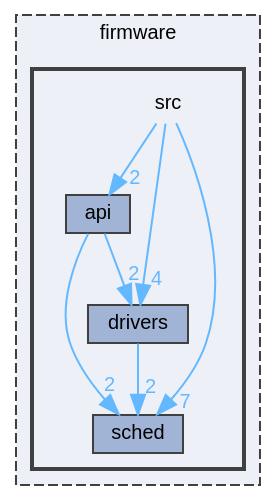
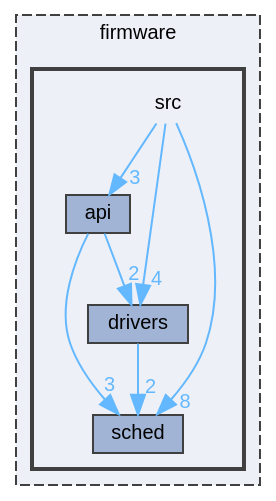
Before and after one commit to Ghaadyy/elevator-controller: the diagram in dev/dir_c898ccd6027d5da3247aa855d21ca2cf_dep.dot, drawn with Graphviz. The commit also changed 95 other files, not shown here.

```diff
--- a/dev/dir_c898ccd6027d5da3247aa855d21ca2cf_dep.dot
+++ b/dev/dir_c898ccd6027d5da3247aa855d21ca2cf_dep.dot
@@ -1,24 +1,24 @@
 digraph "firmware/src"
 {
  // LATEX_PDF_SIZE
   bgcolor="transparent";
   edge [fontname=Helvetica,fontsize=10,labelfontname=Helvetica,labelfontsize=10];
   node [fontname=Helvetica,fontsize=10,shape=box,height=0.2,width=0.4];
   compound=true
   subgraph clusterdir_d9edf6c004b4a7ff14fe9ae7a92214ee {
     graph [ bgcolor="#edf0f7", pencolor="grey25", label="firmware", fontname=Helvetica,fontsize=10 style="filled,dashed", URL="dir_d9edf6c004b4a7ff14fe9ae7a92214ee.html",tooltip=""]
   subgraph clusterdir_c898ccd6027d5da3247aa855d21ca2cf {
     graph [ bgcolor="#edf0f7", pencolor="grey25", label="", fontname=Helvetica,fontsize=10 style="filled,bold", URL="dir_c898ccd6027d5da3247aa855d21ca2cf.html",tooltip=""]
     dir_c898ccd6027d5da3247aa855d21ca2cf [shape=plaintext, label="src"];
   dir_18ac01a18bb8b208f27c88345941c779 [label="api", fillcolor="#a2b4d6", color="grey25", style="filled", URL="dir_18ac01a18bb8b208f27c88345941c779.html",tooltip=""];
   dir_e200633b3c29dcc6afc0356839fb5e29 [label="drivers", fillcolor="#a2b4d6", color="grey25", style="filled", URL="dir_e200633b3c29dcc6afc0356839fb5e29.html",tooltip=""];
   dir_7823007820cfe4d1a4ad04f11c50e251 [label="sched", fillcolor="#a2b4d6", color="grey25", style="filled", URL="dir_7823007820cfe4d1a4ad04f11c50e251.html",tooltip=""];
   }
   }
-  dir_c898ccd6027d5da3247aa855d21ca2cf->dir_18ac01a18bb8b208f27c88345941c779 [headlabel="2", labeldistance=1.5 headhref="dir_000004_000000.html" href="dir_000004_000000.html" color="steelblue1" fontcolor="steelblue1"];
-  dir_c898ccd6027d5da3247aa855d21ca2cf->dir_7823007820cfe4d1a4ad04f11c50e251 [headlabel="7", labeldistance=1.5 headhref="dir_000004_000003.html" href="dir_000004_000003.html" color="steelblue1" fontcolor="steelblue1"];
+  dir_c898ccd6027d5da3247aa855d21ca2cf->dir_18ac01a18bb8b208f27c88345941c779 [headlabel="3", labeldistance=1.5 headhref="dir_000004_000000.html" href="dir_000004_000000.html" color="steelblue1" fontcolor="steelblue1"];
+  dir_c898ccd6027d5da3247aa855d21ca2cf->dir_7823007820cfe4d1a4ad04f11c50e251 [headlabel="8", labeldistance=1.5 headhref="dir_000004_000003.html" href="dir_000004_000003.html" color="steelblue1" fontcolor="steelblue1"];
   dir_c898ccd6027d5da3247aa855d21ca2cf->dir_e200633b3c29dcc6afc0356839fb5e29 [headlabel="4", labeldistance=1.5 headhref="dir_000004_000001.html" href="dir_000004_000001.html" color="steelblue1" fontcolor="steelblue1"];
-  dir_18ac01a18bb8b208f27c88345941c779->dir_7823007820cfe4d1a4ad04f11c50e251 [headlabel="2", labeldistance=1.5 headhref="dir_000000_000003.html" href="dir_000000_000003.html" color="steelblue1" fontcolor="steelblue1"];
+  dir_18ac01a18bb8b208f27c88345941c779->dir_7823007820cfe4d1a4ad04f11c50e251 [headlabel="3", labeldistance=1.5 headhref="dir_000000_000003.html" href="dir_000000_000003.html" color="steelblue1" fontcolor="steelblue1"];
   dir_18ac01a18bb8b208f27c88345941c779->dir_e200633b3c29dcc6afc0356839fb5e29 [headlabel="2", labeldistance=1.5 headhref="dir_000000_000001.html" href="dir_000000_000001.html" color="steelblue1" fontcolor="steelblue1"];
   dir_e200633b3c29dcc6afc0356839fb5e29->dir_7823007820cfe4d1a4ad04f11c50e251 [headlabel="2", labeldistance=1.5 headhref="dir_000001_000003.html" href="dir_000001_000003.html" color="steelblue1" fontcolor="steelblue1"];
 }
```
